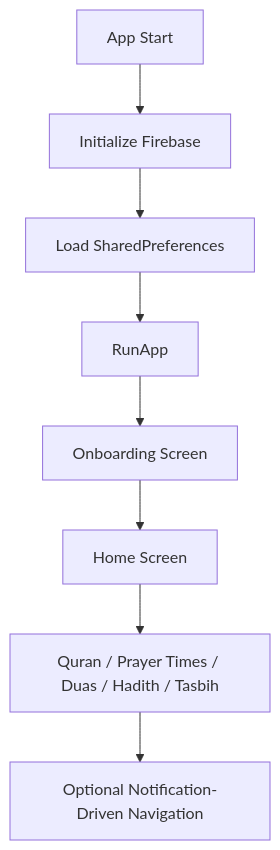
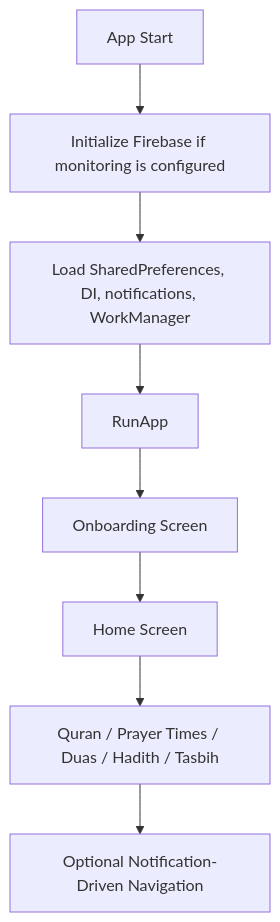
One commit to Khaled-shahien/Quran_App changed the diagram in README.md. Above: the diagram before and after it, drawn with Mermaid. The commit also changed other lines of this file and 50 other files, not shown here.

````diff
--- a/README.md
+++ b/README.md
@@ -79,10 +78,10 @@
 ```mermaid
 graph TD
-      A[App Start] --> B[Initialize Firebase]
-      B --> C[Load SharedPreferences]
+      A[App Start] --> B[Initialize Firebase if monitoring is configured]
+      B --> C[Load SharedPreferences, DI, notifications, WorkManager]
       C --> D[RunApp]
       D --> E[Onboarding Screen]
       E --> F[Home Screen]
       F --> G[Quran / Prayer Times / Duas / Hadith / Tasbih]
       G --> H[Optional Notification-Driven Navigation]
 ```
````
